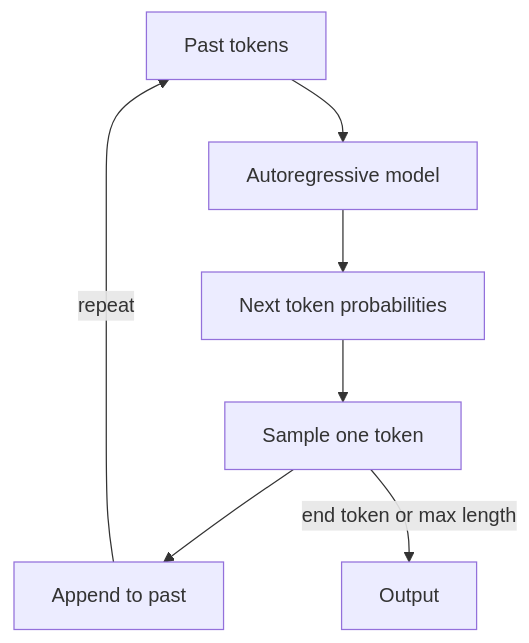
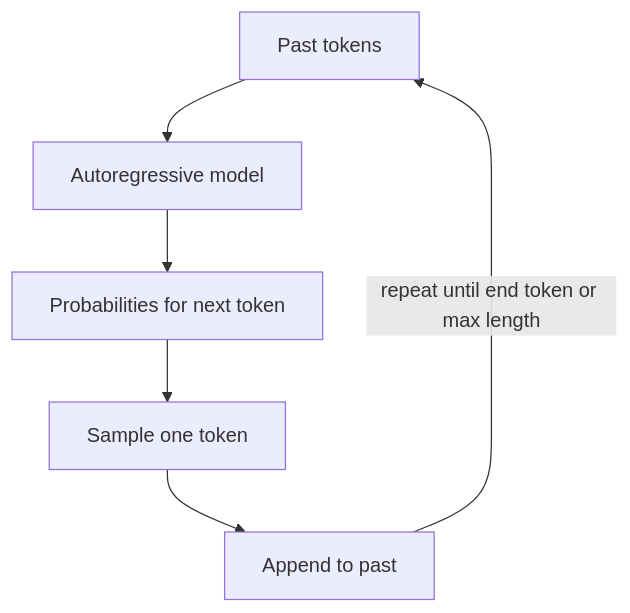
Before and after one commit to kaisarnajar/outcome-school-blogs: the first of 3 diagrams in notes/step-03-generative-ai-and-the-transformer-architecture/047-autoregressive-models.md, drawn with Mermaid. The commit also changed other lines of this file and 233 other files, not shown here.

````diff
--- a/notes/step-03-generative-ai-and-the-transformer-architecture/047-autoregressive-models.md
+++ b/notes/step-03-generative-ai-and-the-transformer-architecture/047-autoregressive-models.md
@@ -46,9 +79,8 @@
 ```mermaid
 flowchart TD
     A["Past tokens"] --> B["Autoregressive model"]
-    B --> C["Next token probabilities"]
+    B --> C["Probabilities for next token"]
     C --> D["Sample one token"]
     D --> E["Append to past"]
-    E -->|"repeat"| A
-    D -->|"end token or max length"| F["Output"]
+    E -->|"repeat until end token or max length"| A
 ```
````
